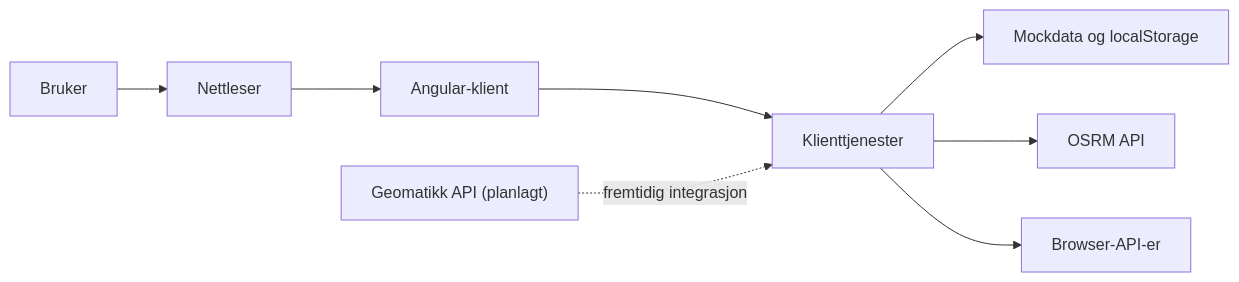
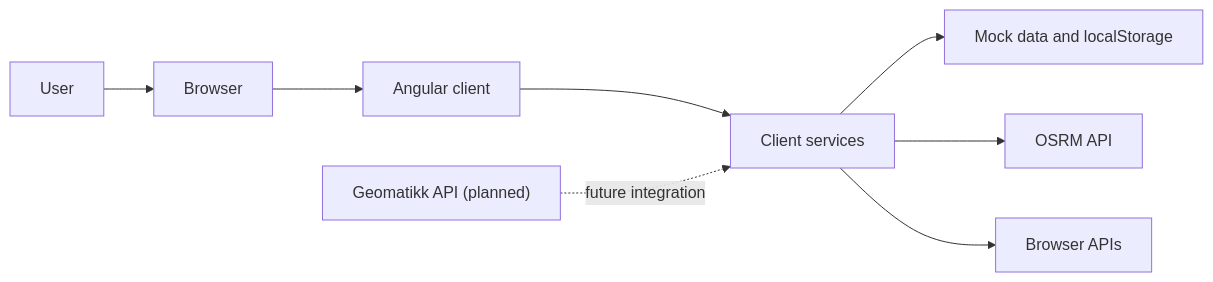
The first of 4 diagrams in README.md (ntnu-team-19/min-arbeidsdag), drawn with Mermaid before and after one commit. The commit also changed other lines of this file, not shown here.

Commit message:
docs: Updates class diagram so it is more technically accurate

````diff
--- a/README.md
+++ b/README.md
@@ -23,10 +23,10 @@
 ```mermaid
 flowchart LR
-    U["Bruker"] --> B["Nettleser"]
-    B --> C["Angular-klient"]
-    C --> S["Klienttjenester"]
-    S --> M["Mockdata og localStorage"]
+    U["User"] --> B["Browser"]
+    B --> C["Angular client"]
+    C --> S["Client services"]
+    S --> M["Mock data and localStorage"]
     S --> O["OSRM API"]
-    S --> G["Browser-API-er"]
-    X["Geomatikk API (planlagt)"] -.->|fremtidig integrasjon| S
+    S --> G["Browser APIs"]
+    X["Geomatikk API (planned)"] -.->|future integration| S
 ```
````
